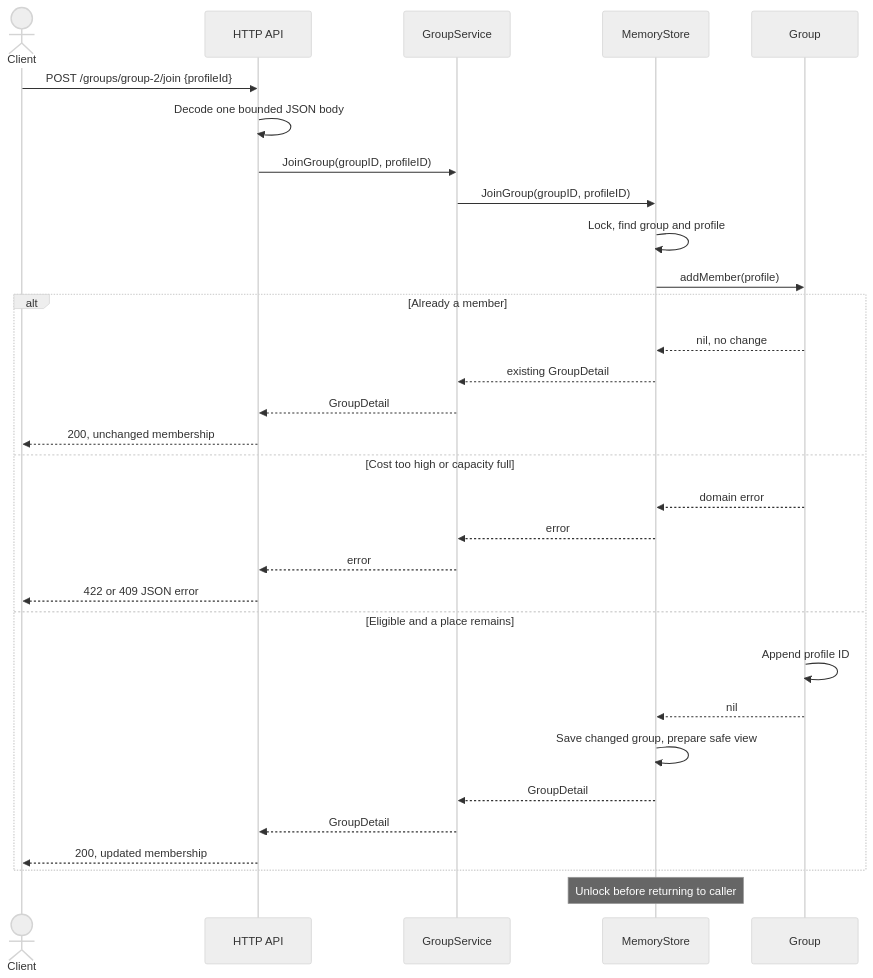
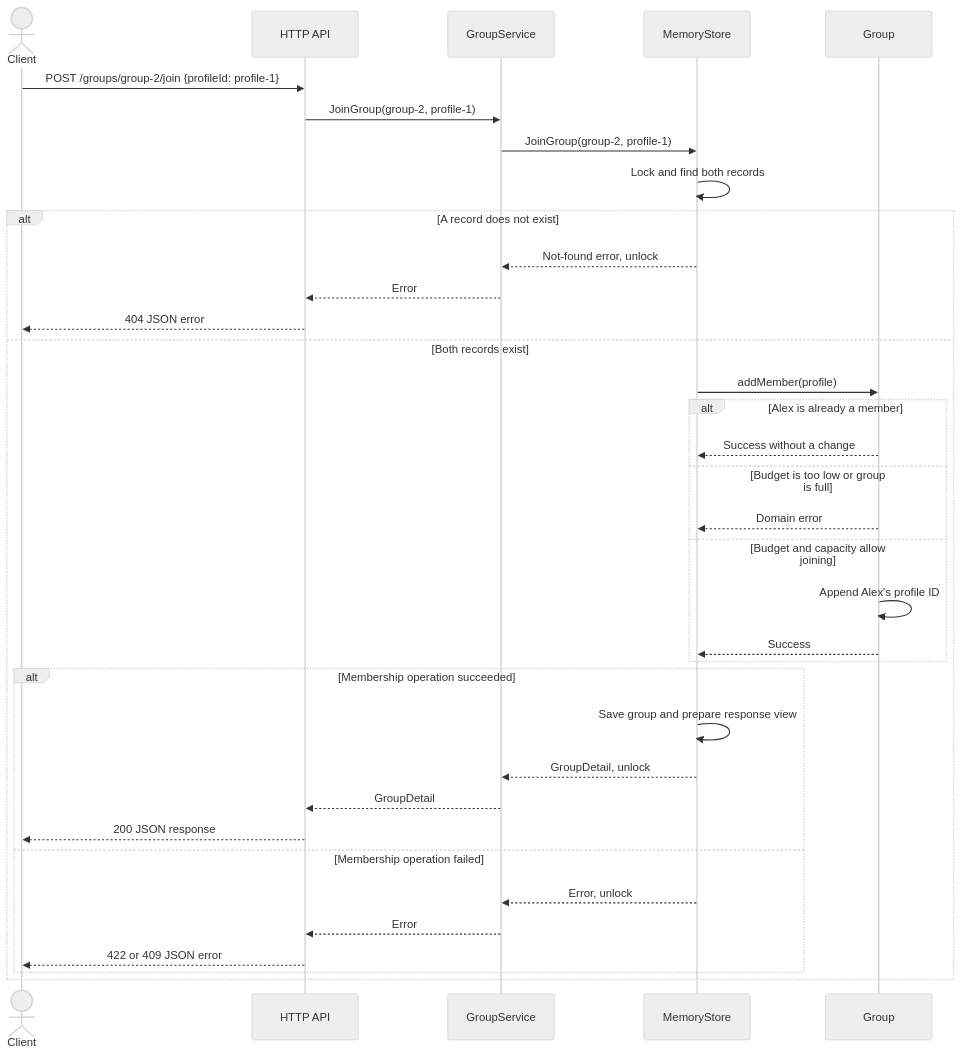
The second of 2 diagrams in lab-00/report.md (Lucian-Adrian/sem5-software-design), drawn with Mermaid (neutral theme) before and after one commit. The commit also changed other lines of this file and 3 other files, not shown here.

````diff
--- a/lab-00/report.md
+++ b/lab-00/report.md
@@ -169,33 +237,37 @@
 ```mermaid
 sequenceDiagram
     actor Client
     participant API as HTTP API
     participant Service as GroupService
     participant Store as MemoryStore
     participant Group
-    Client->>API: POST /groups/group-2/join {profileId}
-    API->>API: Decode one bounded JSON body
-    API->>Service: JoinGroup(groupID, profileID)
-    Service->>Store: JoinGroup(groupID, profileID)
-    Store->>Store: Lock, find group and profile
-    Store->>Group: addMember(profile)
-    alt Already a member
-        Group-->>Store: nil, no change
-        Store-->>Service: existing GroupDetail
-        Service-->>API: GroupDetail
-        API-->>Client: 200, unchanged membership
-    else Cost too high or capacity full
-        Group-->>Store: domain error
-        Store-->>Service: error
-        Service-->>API: error
-        API-->>Client: 422 or 409 JSON error
-    else Eligible and a place remains
-        Group->>Group: Append profile ID
-        Group-->>Store: nil
-        Store->>Store: Save changed group, prepare safe view
-        Store-->>Service: GroupDetail
-        Service-->>API: GroupDetail
-        API-->>Client: 200, updated membership
+    Client->>API: POST /groups/group-2/join {profileId: profile-1}
+    API->>Service: JoinGroup(group-2, profile-1)
+    Service->>Store: JoinGroup(group-2, profile-1)
+    Store->>Store: Lock and find both records
+    alt A record does not exist
+        Store-->>Service: Not-found error, unlock
+        Service-->>API: Error
+        API-->>Client: 404 JSON error
+    else Both records exist
+        Store->>Group: addMember(profile)
+        alt Alex is already a member
+            Group-->>Store: Success without a change
+        else Budget is too low or group is full
+            Group-->>Store: Domain error
+        else Budget and capacity allow joining
+            Group->>Group: Append Alex's profile ID
+            Group-->>Store: Success
+        end
+        alt Membership operation succeeded
+            Store->>Store: Save group and prepare response view
+            Store-->>Service: GroupDetail, unlock
+            Service-->>API: GroupDetail
+            API-->>Client: 200 JSON response
+        else Membership operation failed
+            Store-->>Service: Error, unlock
+            Service-->>API: Error
+            API-->>Client: 422 or 409 JSON error
+        end
     end
-    Note over Store: Unlock before returning to caller
 ```
````
